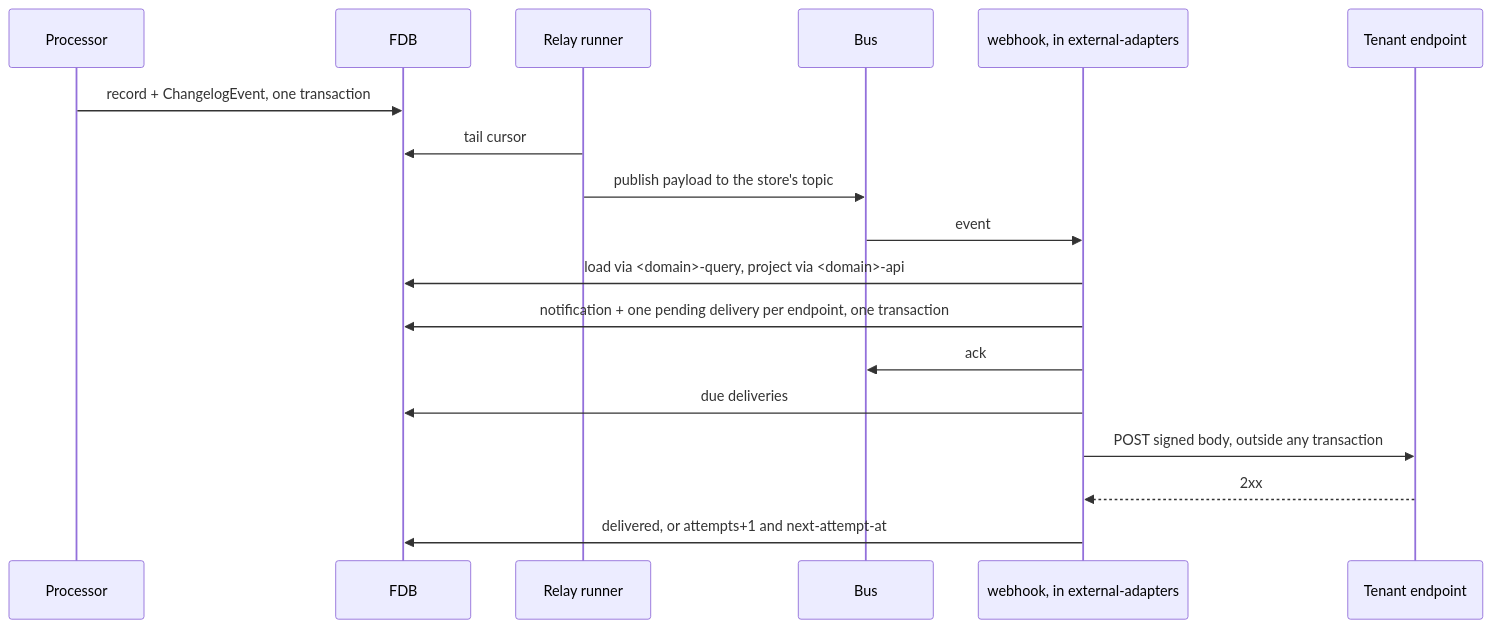
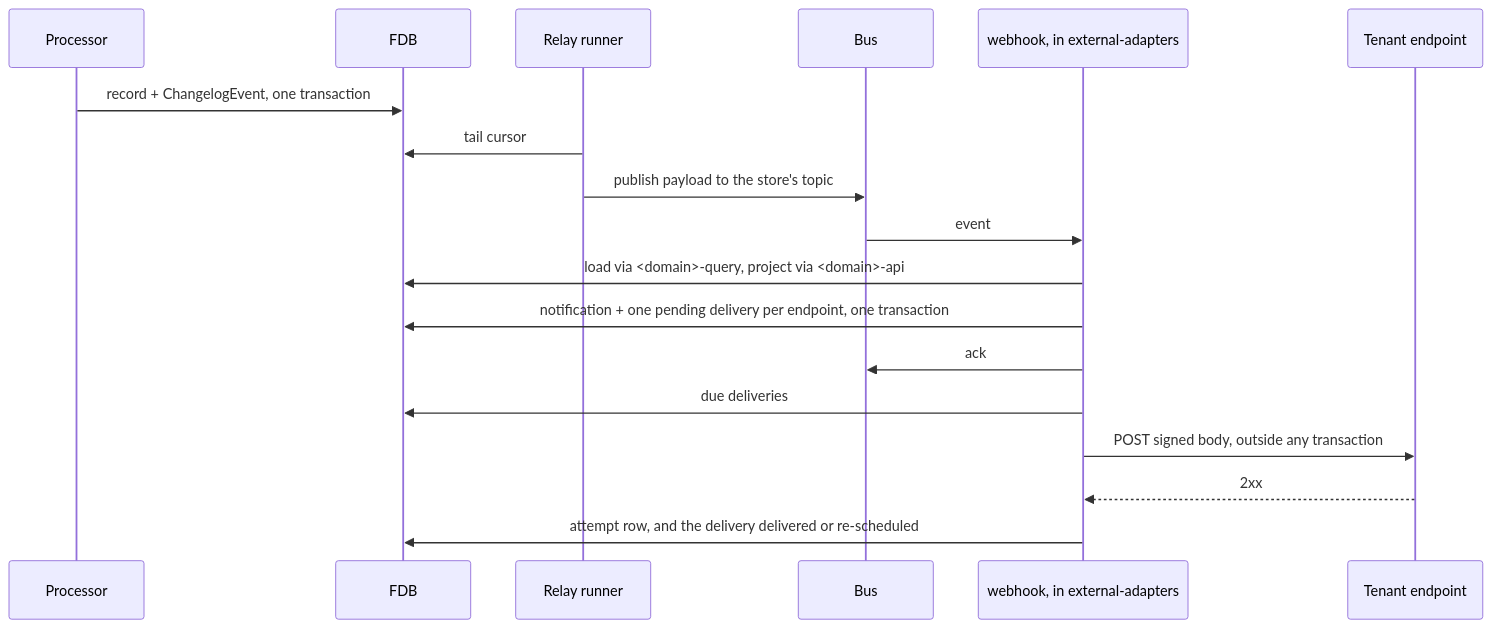
Before and after one commit to repldriven/queenswood: the diagram in docs/tdd/webhooks.md, drawn with Mermaid. The commit also changed other lines of this file and 14 other files, not shown here.

````diff
--- a/docs/tdd/webhooks.md
+++ b/docs/tdd/webhooks.md
@@ -142,21 +215,21 @@
 ```mermaid
 sequenceDiagram
     participant P as Processor
     participant F as FDB
     participant R as Relay runner
     participant B as Bus
     participant W as webhook, in external-adapters
     participant E as Tenant endpoint
 
     P->>F: record + ChangelogEvent, one transaction
     R->>F: tail cursor
     R->>B: publish payload to the store's topic
     B->>W: event
     W->>F: load via <domain>-query, project via <domain>-api
     W->>F: notification + one pending delivery per endpoint, one transaction
     W->>B: ack
     W->>F: due deliveries
     W->>E: POST signed body, outside any transaction
     E-->>W: 2xx
-    W->>F: delivered, or attempts+1 and next-attempt-at
+    W->>F: attempt row, and the delivery delivered or re-scheduled
 ```
````
